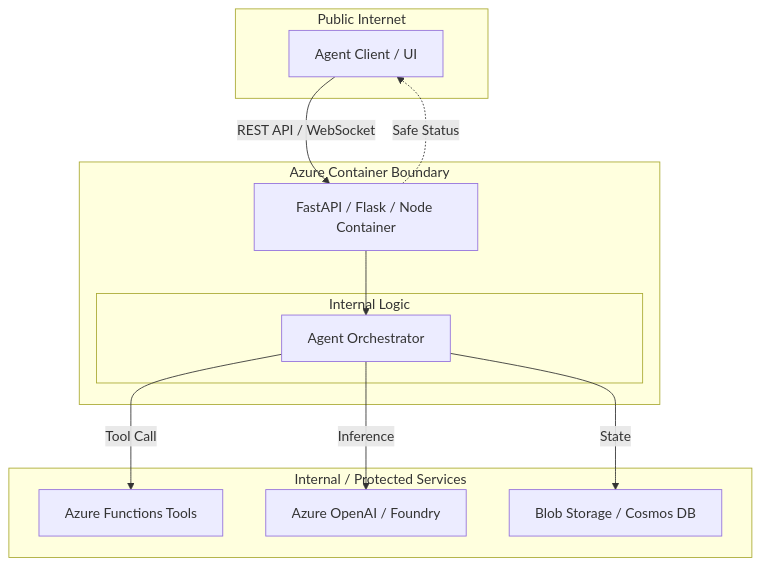
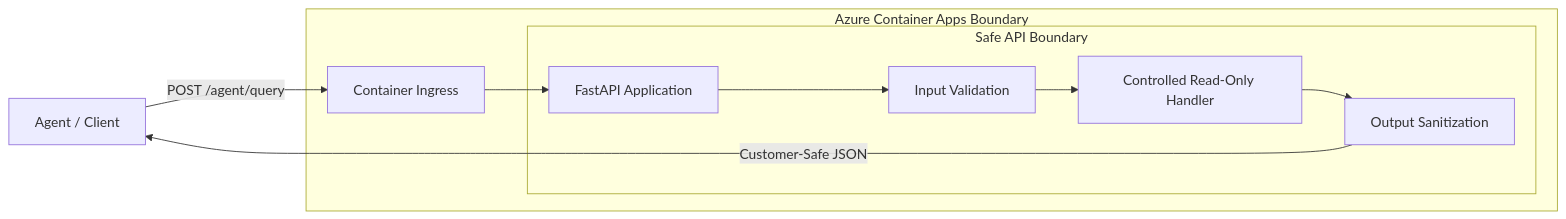
Before and after one commit to wildersa/azure_ref_kit: the diagram in building-blocks/hosting/container-agent-api/README.md, drawn with Mermaid. The commit also changed other lines of this file and 13 other files, not shown here.

First line of the commit message:
Implement minimal container-hosted agent API reference (#230)

````diff
--- a/building-blocks/hosting/container-agent-api/README.md
+++ b/building-blocks/hosting/container-agent-api/README.md
@@ -37,27 +11,13 @@
 ```mermaid
-flowchart TD
-    subgraph "Public Internet"
-        Client[Agent Client / UI]
-    end
-
-    subgraph "Azure Container Boundary"
-        API[FastAPI / Flask / Node Container]
-        subgraph "Internal Logic"
-            Orch[Agent Orchestrator]
+flowchart LR
+    Caller[Agent / Client] -->|POST /agent/query| Ingress[Container Ingress]
+    subgraph "Azure Container Apps Boundary"
+        Ingress --> API[FastAPI Application]
+        subgraph "Safe API Boundary"
+            API --> Validation[Input Validation]
+            Validation --> Logic[Controlled Read-Only Handler]
+            Logic --> Sanitization[Output Sanitization]
         end
     end
-
-    subgraph "Internal / Protected Services"
-        Tools[Azure Functions Tools]
-        LLM[Azure OpenAI / Foundry]
-        Data[Blob Storage / Cosmos DB]
-    end
-
-    Client -->|REST API / WebSocket| API
-    API --> Orch
-    Orch -->|Tool Call| Tools
-    Orch -->|Inference| LLM
-    Orch -->|State| Data
-
-    API -.->|Safe Status| Client
+    Sanitization -->|Customer-Safe JSON| Caller
 ```
````
